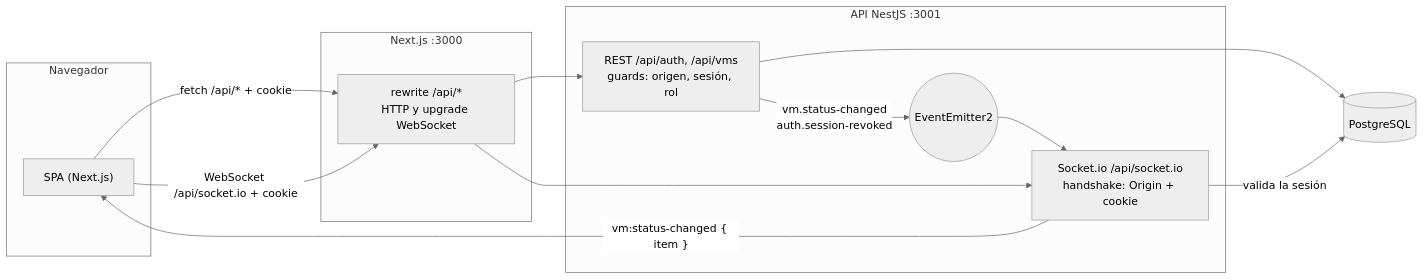
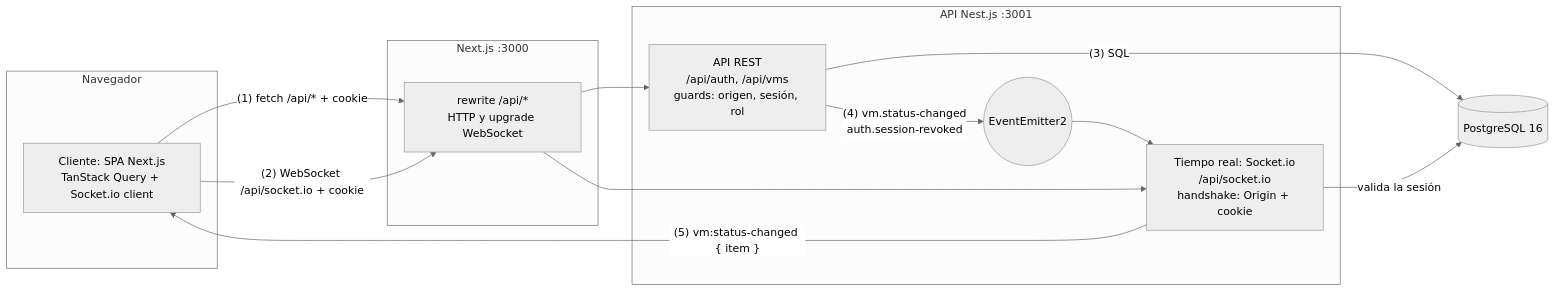
One commit to DayannaLoaiza/gestionar-maquinas-virtuales changed the first of 4 diagrams in README.md. Above: the diagram before and after it, drawn with Mermaid (neutral theme). The commit also changed other lines of this file and 216 other files, not shown here.

````diff
--- a/README.md
+++ b/README.md
@@ -246,25 +281,25 @@
 ```mermaid
 flowchart LR
   subgraph browser["Navegador"]
-    spa["SPA (Next.js)"]
+    spa["Cliente: SPA Next.js<br/>TanStack Query + Socket.io client"]
   end
   subgraph next["Next.js :3000"]
     rewrite["rewrite /api/*<br/>HTTP y upgrade WebSocket"]
   end
-  subgraph api["API NestJS :3001"]
-    rest["REST /api/auth, /api/vms<br/>guards: origen, sesión, rol"]
+  subgraph api["API Nest.js :3001"]
+    rest["API REST<br/>/api/auth, /api/vms<br/>guards: origen, sesión, rol"]
     bus(("EventEmitter2"))
-    ws["Socket.io /api/socket.io<br/>handshake: Origin + cookie"]
+    ws["Tiempo real: Socket.io<br/>/api/socket.io<br/>handshake: Origin + cookie"]
   end
-  db[("PostgreSQL")]
+  db[("PostgreSQL 16")]
 
-  spa -- "fetch /api/* + cookie" --> rewrite
-  spa -- "WebSocket /api/socket.io + cookie" --> rewrite
+  spa -- "(1) fetch /api/* + cookie" --> rewrite
+  spa -- "(2) WebSocket /api/socket.io + cookie" --> rewrite
   rewrite --> rest
   rewrite --> ws
-  rest --> db
+  rest -- "(3) SQL" --> db
   ws -- "valida la sesión" --> db
-  rest -- "vm.status-changed<br/>auth.session-revoked" --> bus
+  rest -- "(4) vm.status-changed<br/>auth.session-revoked" --> bus
   bus --> ws
-  ws -- "vm:status-changed { item }" --> spa
+  ws -- "(5) vm:status-changed { item }" --> spa
 ```
````
